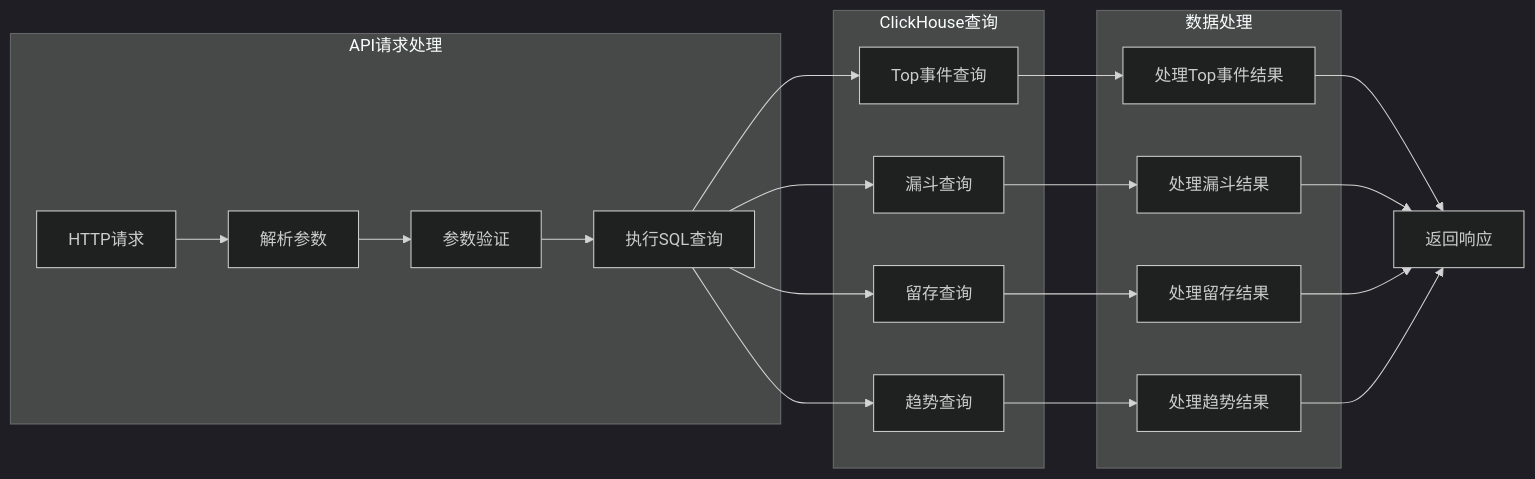
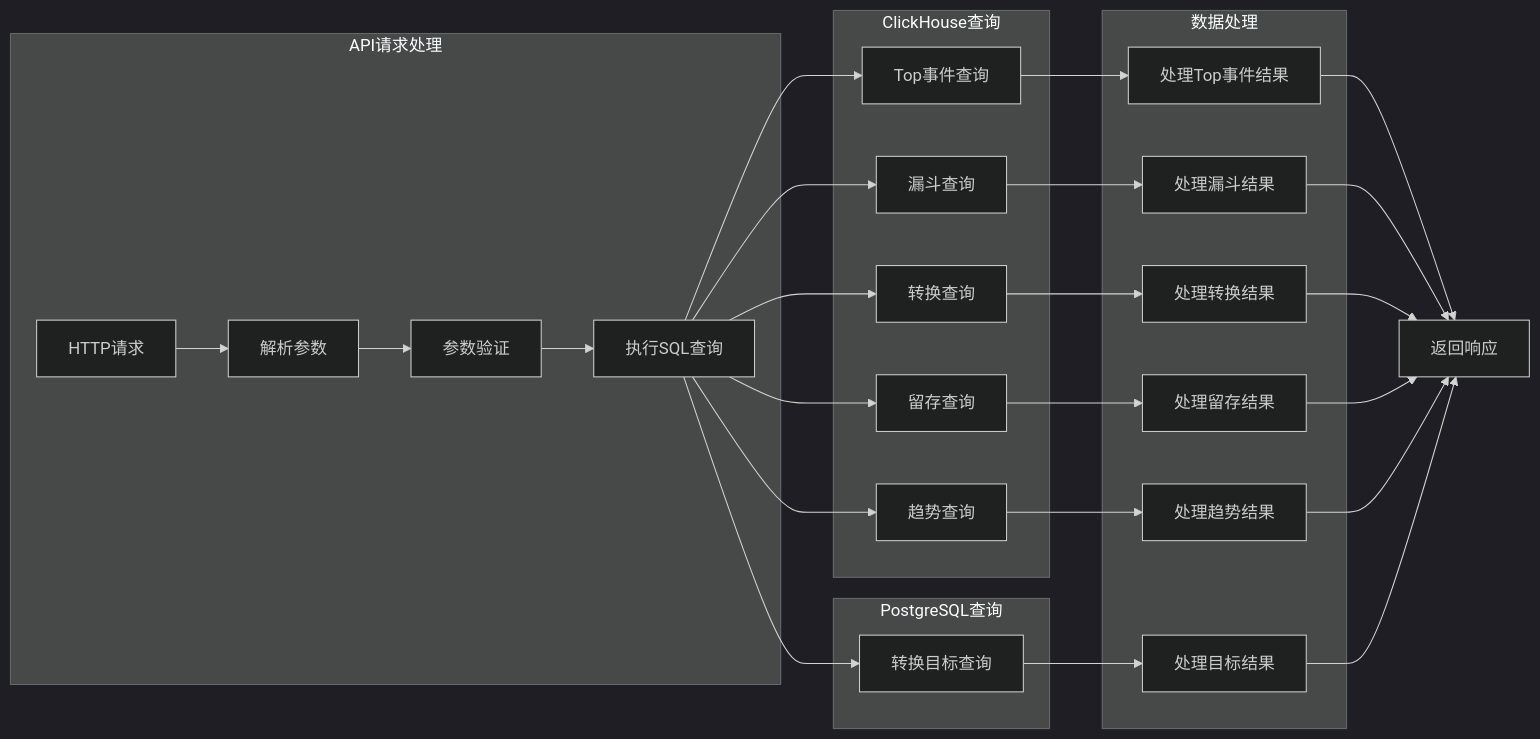
The sixth of 8 diagrams in .qoder/repowiki/zh/content/Web控制台/转化分析功能.md (zhen-zhong/AeroLog), drawn with Mermaid (dark theme) before and after one commit. The commit also changed other lines of this file and 97 other files, not shown here.

````diff
--- a/.qoder/repowiki/zh/content/Web控制台/转化分析功能.md
+++ b/.qoder/repowiki/zh/content/Web控制台/转化分析功能.md
@@ -260,24 +354,32 @@
 ```mermaid
 flowchart LR
 subgraph "API请求处理"
 Request[HTTP请求] --> ParseParams[解析参数]
 ParseParams --> Validate[参数验证]
 Validate --> ExecuteQuery[执行SQL查询]
 end
 subgraph "ClickHouse查询"
 ExecuteQuery --> TopEvents[Top事件查询]
 ExecuteQuery --> Funnel[漏斗查询]
+ExecuteQuery --> Conversion[转换查询]
 ExecuteQuery --> Retention[留存查询]
 ExecuteQuery --> Trend[趋势查询]
+end
+subgraph "PostgreSQL查询"
+ExecuteQuery --> ConversionGoals[转换目标查询]
 end
 subgraph "数据处理"
 TopEvents --> ProcessTop[处理Top事件结果]
 Funnel --> ProcessFunnel[处理漏斗结果]
+Conversion --> ProcessConversion[处理转换结果]
 Retention --> ProcessRetention[处理留存结果]
 Trend --> ProcessTrend[处理趋势结果]
+ConversionGoals --> ProcessGoals[处理目标结果]
 end
 ProcessTop --> Response[返回响应]
 ProcessFunnel --> Response
+ProcessConversion --> Response
 ProcessRetention --> Response
 ProcessTrend --> Response
+ProcessGoals --> Response
 ```
````
